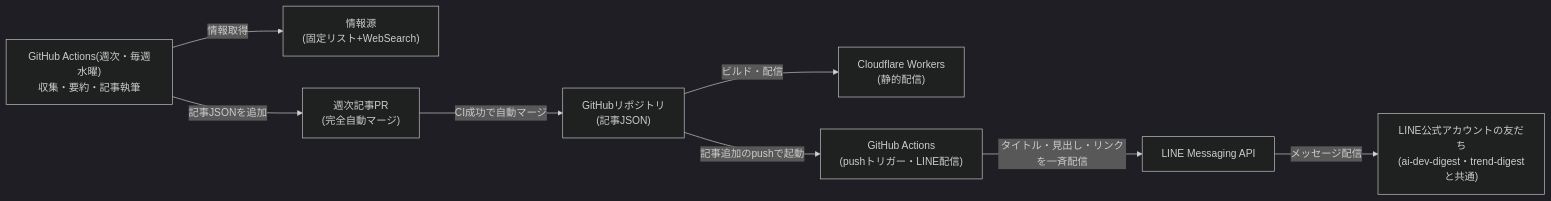
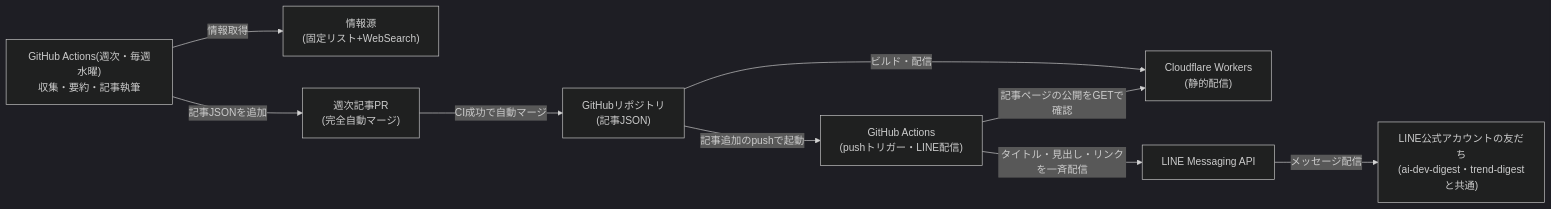
One commit to zakiyama0108/benriyatool changed the third of 6 diagrams in specs/news-digest/architecture.md. Above: the diagram before and after it, drawn with Mermaid (dark theme). The commit also changed 11 other files, not shown here.

````diff
--- a/specs/news-digest/architecture.md
+++ b/specs/news-digest/architecture.md
@@ -68,19 +68,20 @@
 ```mermaid
 flowchart LR
     weeklyRoutine["GitHub Actions(週次・毎週水曜)<br>収集・要約・記事執筆"]
     sources["情報源<br>(固定リスト+WebSearch)"]
     weeklyPR["週次記事PR<br>(完全自動マージ)"]
     repo["GitHubリポジトリ<br>(記事JSON)"]
     cf["Cloudflare Workers<br>(静的配信)"]
     broadcastRoutine["GitHub Actions<br>(pushトリガー・LINE配信)"]
     lineApi["LINE Messaging API"]
     lineFriends["LINE公式アカウントの友だち<br>(ai-dev-digest・trend-digestと共通)"]
 
     weeklyRoutine -->|情報取得| sources
     weeklyRoutine -->|記事JSONを追加| weeklyPR
     weeklyPR -->|CI成功で自動マージ| repo
     repo -->|ビルド・配信| cf
     repo -->|記事追加のpushで起動| broadcastRoutine
+    broadcastRoutine -->|記事ページの公開をGETで確認| cf
     broadcastRoutine -->|タイトル・見出し・リンクを一斉配信| lineApi
     lineApi -->|メッセージ配信| lineFriends
 ```
````
